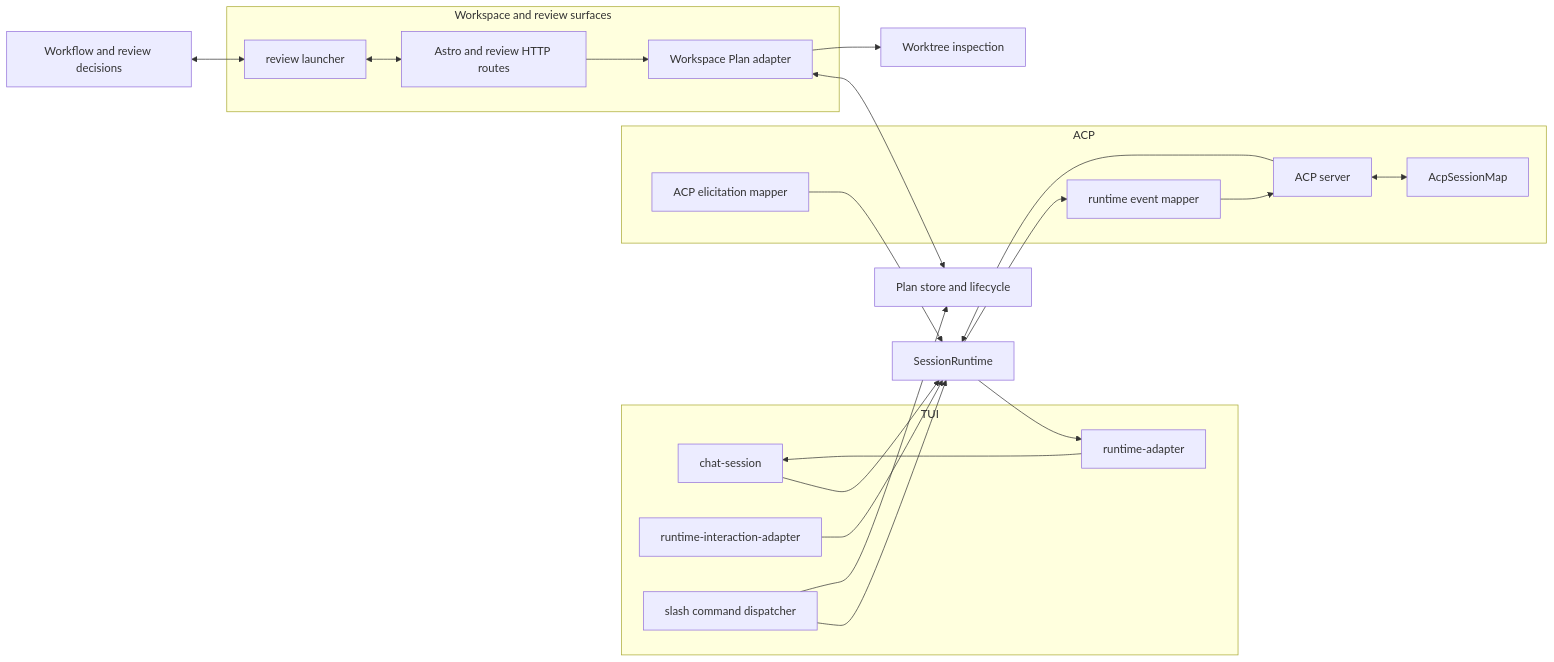
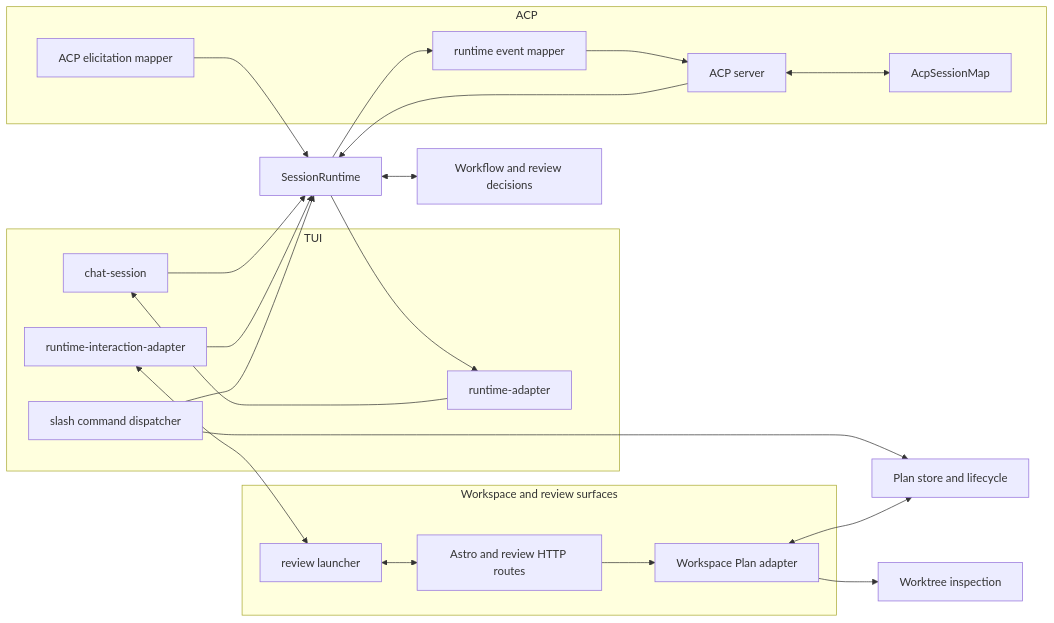
Before and after one commit to gandazgul/runwield: diagram 13 of 13 in architecture.md, drawn with Mermaid. The commit also changed other lines of this file and 115 other files, not shown here.

````diff
--- a/architecture.md
+++ b/architecture.md
@@ -574,46 +781,47 @@
 ```mermaid
 flowchart LR
     subgraph TUIAdapter["TUI"]
         Chat["chat-session"]
         TuiEvents["runtime-adapter"]
         TuiInteractions["runtime-interaction-adapter"]
         Slash["slash command dispatcher"]
     end
 
     subgraph ACPAdapter["ACP"]
         Server["ACP server"]
         SessionMap["AcpSessionMap"]
         EventMap["runtime event mapper"]
         InteractionMap["ACP elicitation mapper"]
     end
 
     subgraph WorkspaceAdapter["Workspace and review surfaces"]
         PlanAdapter["Workspace Plan adapter"]
         Http["Astro and review HTTP routes"]
         ReviewLauncher["review launcher"]
     end
 
     Runtime["SessionRuntime"]
     PlanCore["Plan store and lifecycle"]
     WorktreeCore["Worktree inspection"]
     WorkflowCore["Workflow and review decisions"]
 
     Chat --> Runtime
     Runtime --> TuiEvents
     TuiEvents --> Chat
     TuiInteractions --> Runtime
     Slash --> Runtime
     Slash --> PlanCore
 
     Server --> Runtime
     Server <--> SessionMap
     Runtime --> EventMap
     EventMap --> Server
     InteractionMap --> Runtime
 
     Http --> PlanAdapter
     PlanAdapter <--> PlanCore
     PlanAdapter --> WorktreeCore
-    WorkflowCore <--> ReviewLauncher
+    Runtime <--> WorkflowCore
+    TuiInteractions <--> ReviewLauncher
     ReviewLauncher <--> Http
 ```
````
